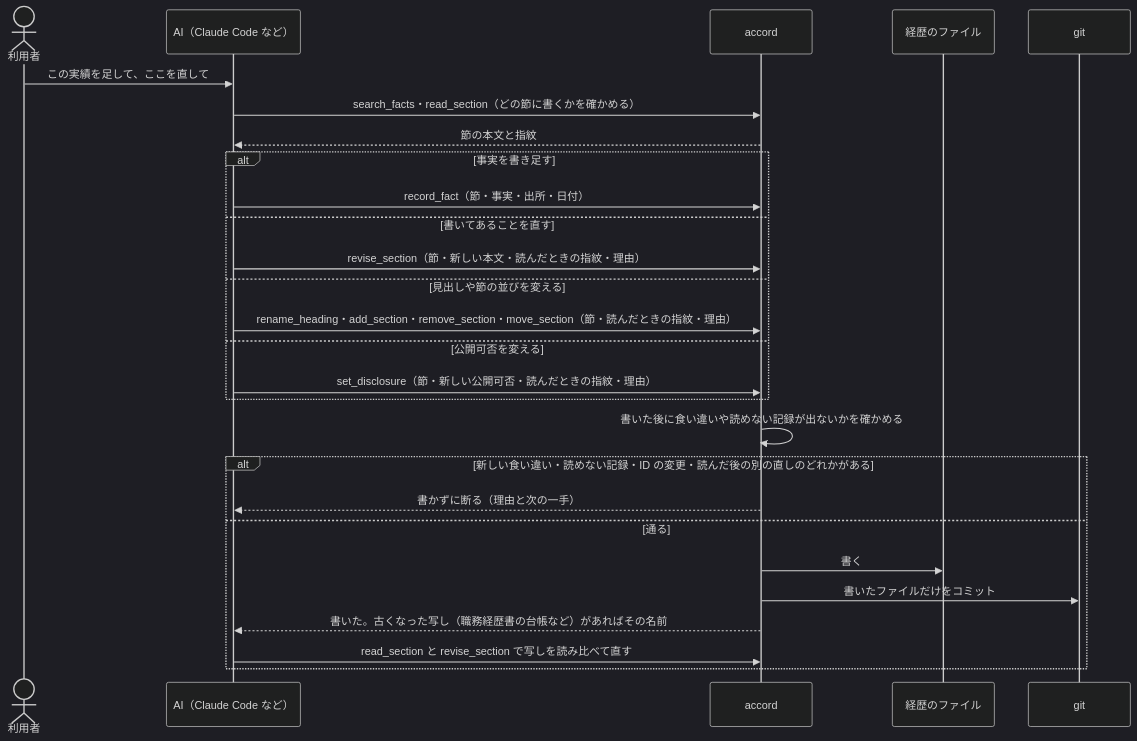
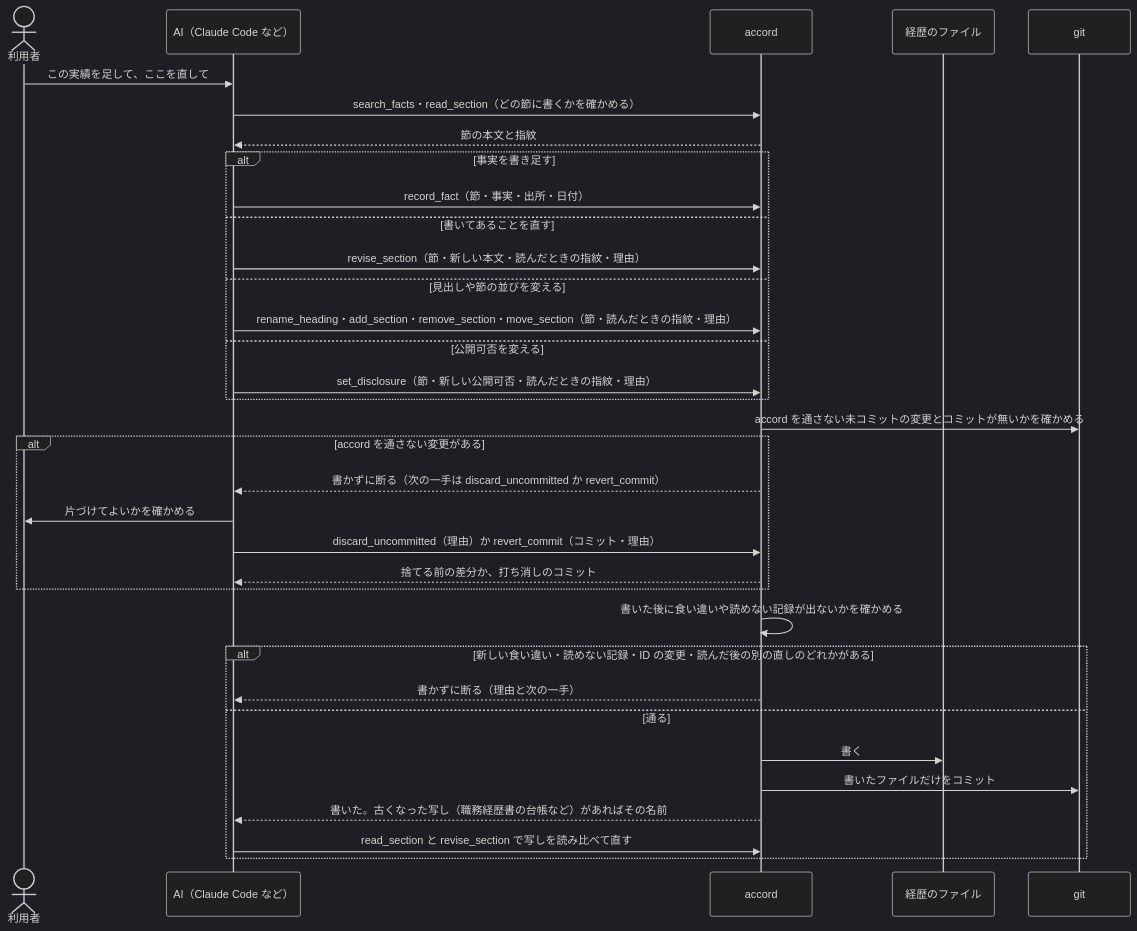
One commit to nanzono/accord changed the second of 3 diagrams in README.md. Above: the diagram before and after it, drawn with Mermaid (dark theme). The commit also changed other lines of this file and 26 other files, not shown here.

````diff
--- a/README.md
+++ b/README.md
@@ -74,29 +78,36 @@
 ```mermaid
 sequenceDiagram
     actor U as 利用者
     participant AI as AI（Claude Code など）
     participant A as accord
     participant F as 経歴のファイル
     participant G as git
     U->>AI: この実績を足して、ここを直して
     AI->>A: search_facts・read_section（どの節に書くかを確かめる）
     A-->>AI: 節の本文と指紋
     alt 事実を書き足す
         AI->>A: record_fact（節・事実・出所・日付）
     else 書いてあることを直す
         AI->>A: revise_section（節・新しい本文・読んだときの指紋・理由）
     else 見出しや節の並びを変える
         AI->>A: rename_heading・add_section・remove_section・move_section（節・読んだときの指紋・理由）
     else 公開可否を変える
         AI->>A: set_disclosure（節・新しい公開可否・読んだときの指紋・理由）
     end
+    A->>G: accord を通さない未コミットの変更とコミットが無いかを確かめる
+    alt accord を通さない変更がある
+        A-->>AI: 書かずに断る（次の一手は discard_uncommitted か revert_commit）
+        AI->>U: 片づけてよいかを確かめる
+        AI->>A: discard_uncommitted（理由）か revert_commit（コミット・理由）
+        A-->>AI: 捨てる前の差分か、打ち消しのコミット
+    end
     A->>A: 書いた後に食い違いや読めない記録が出ないかを確かめる
     alt 新しい食い違い・読めない記録・ID の変更・読んだ後の別の直しのどれかがある
         A-->>AI: 書かずに断る（理由と次の一手）
     else 通る
         A->>F: 書く
         A->>G: 書いたファイルだけをコミット
         A-->>AI: 書いた。古くなった写し（職務経歴書の台帳など）があればその名前
         AI->>A: read_section と revise_section で写しを読み比べて直す
     end
 ```
````
